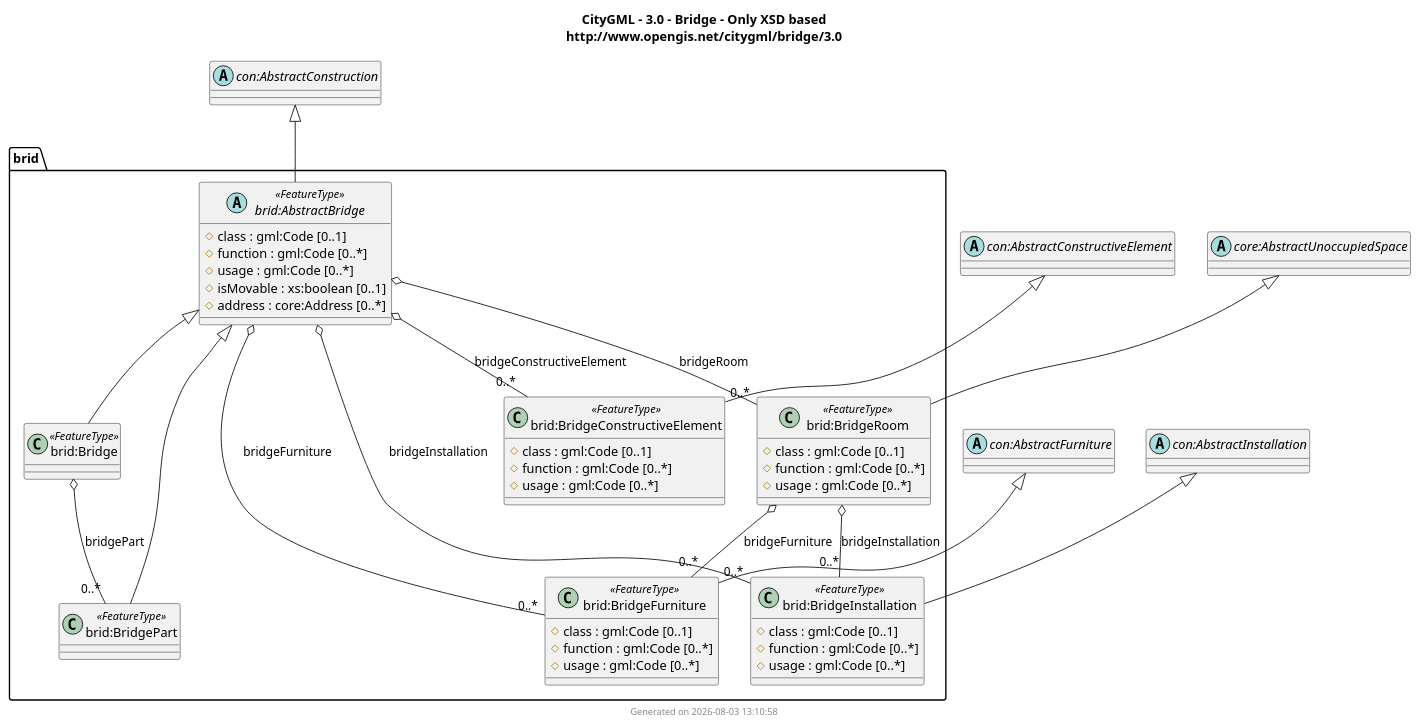
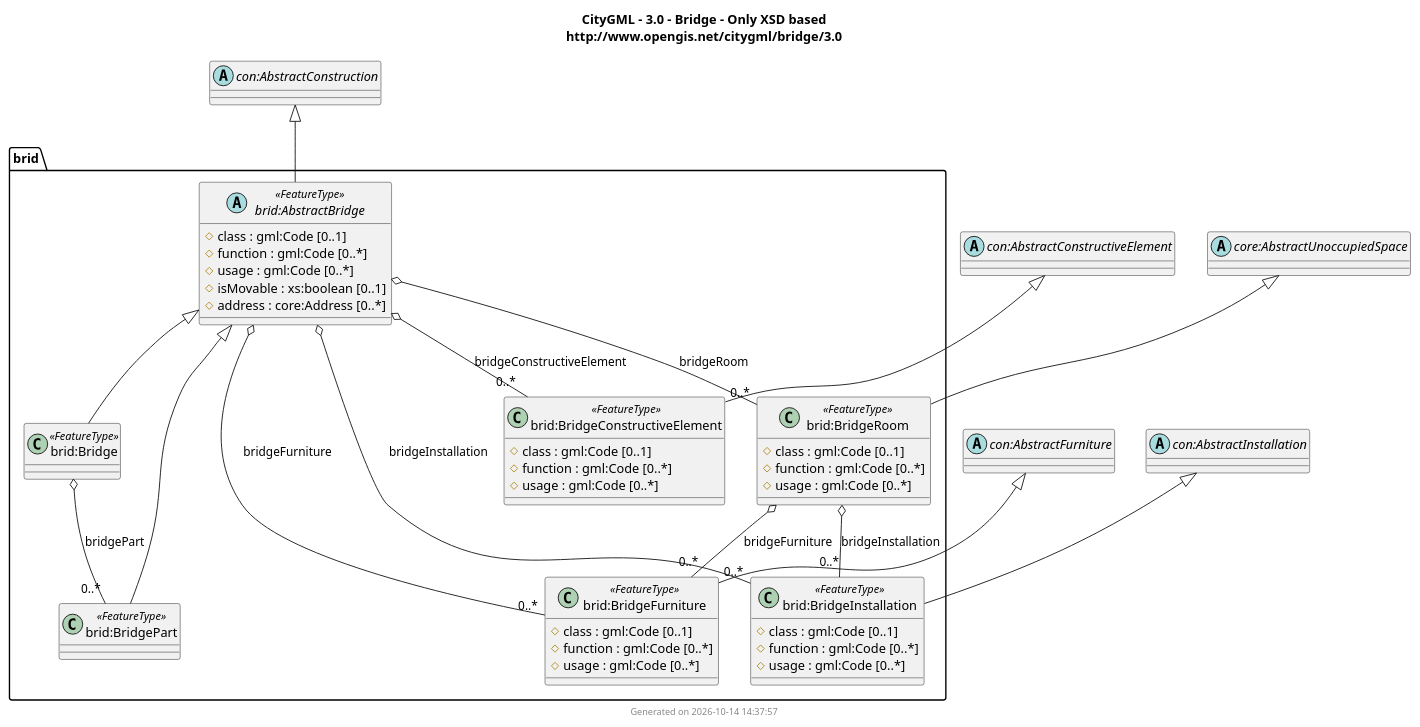
Before and after one commit to muratkendir/every-class: the diagram in docs/output/CityGML/3.0/UMLClassDiagram/bridge.puml, drawn with PlantUML. The commit also changed 39 other files, not shown here.

First line of the commit message:
Add xAL 3.0 suite, PlantUML namespace-safe aliases, inlined combined diagrams, and step 10 compilations

```diff
--- a/docs/output/CityGML/3.0/UMLClassDiagram/bridge.puml
+++ b/docs/output/CityGML/3.0/UMLClassDiagram/bridge.puml
@@ -1,139 +1,139 @@
 @startuml
 title
   CityGML - 3.0 - Bridge - Only XSD based
   http://www.opengis.net/citygml/bridge/3.0
 end title
 
 package brid {
-abstract class "brid:ADEOfAbstractBridge" $adeOf
-class "brid:ADEOfAbstractBridgeProperty" $property $adeOf {
+abstract class "brid:ADEOfAbstractBridge" as brid_ADEOfAbstractBridge $adeOf
+class "brid:ADEOfAbstractBridgeProperty" as brid_ADEOfAbstractBridgeProperty $property $adeOf {
   ADEOfAbstractBridge : brid:ADEOfAbstractBridge
 }
-abstract class "brid:ADEOfBridge" $adeOf
-class "brid:ADEOfBridgeProperty" $property $adeOf {
+abstract class "brid:ADEOfBridge" as brid_ADEOfBridge $adeOf
+class "brid:ADEOfBridgeProperty" as brid_ADEOfBridgeProperty $property $adeOf {
   ADEOfBridge : brid:ADEOfBridge
 }
-abstract class "brid:ADEOfBridgeConstructiveElement" $adeOf
-class "brid:ADEOfBridgeConstructiveElementProperty" $property $adeOf {
+abstract class "brid:ADEOfBridgeConstructiveElement" as brid_ADEOfBridgeConstructiveElement $adeOf
+class "brid:ADEOfBridgeConstructiveElementProperty" as brid_ADEOfBridgeConstructiveElementProperty $property $adeOf {
   ADEOfBridgeConstructiveElement : brid:ADEOfBridgeConstructiveElement
 }
-abstract class "brid:ADEOfBridgeFurniture" $adeOf
-class "brid:ADEOfBridgeFurnitureProperty" $property $adeOf {
+abstract class "brid:ADEOfBridgeFurniture" as brid_ADEOfBridgeFurniture $adeOf
+class "brid:ADEOfBridgeFurnitureProperty" as brid_ADEOfBridgeFurnitureProperty $property $adeOf {
   ADEOfBridgeFurniture : brid:ADEOfBridgeFurniture
 }
-abstract class "brid:ADEOfBridgeInstallation" $adeOf
-class "brid:ADEOfBridgeInstallationProperty" $property $adeOf {
+abstract class "brid:ADEOfBridgeInstallation" as brid_ADEOfBridgeInstallation $adeOf
+class "brid:ADEOfBridgeInstallationProperty" as brid_ADEOfBridgeInstallationProperty $property $adeOf {
   ADEOfBridgeInstallation : brid:ADEOfBridgeInstallation
 }
-abstract class "brid:ADEOfBridgePart" $adeOf
-class "brid:ADEOfBridgePartProperty" $property $adeOf {
+abstract class "brid:ADEOfBridgePart" as brid_ADEOfBridgePart $adeOf
+class "brid:ADEOfBridgePartProperty" as brid_ADEOfBridgePartProperty $property $adeOf {
   ADEOfBridgePart : brid:ADEOfBridgePart
 }
-abstract class "brid:ADEOfBridgeRoom" $adeOf
-class "brid:ADEOfBridgeRoomProperty" $property $adeOf {
+abstract class "brid:ADEOfBridgeRoom" as brid_ADEOfBridgeRoom $adeOf
+class "brid:ADEOfBridgeRoomProperty" as brid_ADEOfBridgeRoomProperty $property $adeOf {
   ADEOfBridgeRoom : brid:ADEOfBridgeRoom
 }
-abstract class "brid:AbstractBridge" <<FeatureType>> {
+abstract class "brid:AbstractBridge" as brid_AbstractBridge <<FeatureType>> {
   # class : gml:Code [0..1]
   # function : gml:Code [0..*]
   # usage : gml:Code [0..*]
   # isMovable : xs:boolean [0..1]
   # address : core:Address [0..*]
   ~ adeOfAbstractBridge : brid:ADEOfAbstractBridge [0..*]
 }
-class "brid:AbstractBridgeProperty" $property {
+class "brid:AbstractBridgeProperty" as brid_AbstractBridgeProperty $property {
   AbstractBridge : brid:AbstractBridge
 }
-class "brid:Bridge" <<FeatureType>> {
+class "brid:Bridge" as brid_Bridge <<FeatureType>> {
   ~ adeOfBridge : brid:ADEOfBridge [0..*]
 }
-class "brid:BridgeProperty" $property {
+class "brid:BridgeProperty" as brid_BridgeProperty $property {
   Bridge : brid:Bridge
 }
-class "brid:BridgeConstructiveElement" <<FeatureType>> {
+class "brid:BridgeConstructiveElement" as brid_BridgeConstructiveElement <<FeatureType>> {
   # class : gml:Code [0..1]
   # function : gml:Code [0..*]
   # usage : gml:Code [0..*]
   ~ adeOfBridgeConstructiveElement : brid:ADEOfBridgeConstructiveElement [0..*]
 }
-class "brid:BridgeConstructiveElementProperty" $property {
+class "brid:BridgeConstructiveElementProperty" as brid_BridgeConstructiveElementProperty $property {
   BridgeConstructiveElement : brid:BridgeConstructiveElement
 }
-class "brid:BridgeFurniture" <<FeatureType>> {
+class "brid:BridgeFurniture" as brid_BridgeFurniture <<FeatureType>> {
   # class : gml:Code [0..1]
   # function : gml:Code [0..*]
   # usage : gml:Code [0..*]
   ~ adeOfBridgeFurniture : brid:ADEOfBridgeFurniture [0..*]
 }
-class "brid:BridgeFurnitureProperty" $property {
+class "brid:BridgeFurnitureProperty" as brid_BridgeFurnitureProperty $property {
   BridgeFurniture : brid:BridgeFurniture
 }
-class "brid:BridgeInstallation" <<FeatureType>> {
+class "brid:BridgeInstallation" as brid_BridgeInstallation <<FeatureType>> {
   # class : gml:Code [0..1]
   # function : gml:Code [0..*]
   # usage : gml:Code [0..*]
   ~ adeOfBridgeInstallation : brid:ADEOfBridgeInstallation [0..*]
 }
-class "brid:BridgeInstallationProperty" $property {
+class "brid:BridgeInstallationProperty" as brid_BridgeInstallationProperty $property {
   BridgeInstallation : brid:BridgeInstallation
 }
-class "brid:BridgePart" <<FeatureType>> {
+class "brid:BridgePart" as brid_BridgePart <<FeatureType>> {
   ~ adeOfBridgePart : brid:ADEOfBridgePart [0..*]
 }
-class "brid:BridgePartProperty" $property {
+class "brid:BridgePartProperty" as brid_BridgePartProperty $property {
   BridgePart : brid:BridgePart
 }
-class "brid:BridgeRoom" <<FeatureType>> {
+class "brid:BridgeRoom" as brid_BridgeRoom <<FeatureType>> {
   # class : gml:Code [0..1]
   # function : gml:Code [0..*]
   # usage : gml:Code [0..*]
   ~ adeOfBridgeRoom : brid:ADEOfBridgeRoom [0..*]
 }
-class "brid:BridgeRoomProperty" $property {
+class "brid:BridgeRoomProperty" as brid_BridgeRoomProperty $property {
   BridgeRoom : brid:BridgeRoom
 }
 }
 
 ' External types (unresolved namespaces)
-abstract class "con:AbstractConstruction"
-abstract class "con:AbstractConstructiveElement"
-abstract class "con:AbstractFurniture"
-abstract class "con:AbstractInstallation"
-abstract class "core:AbstractUnoccupiedSpace"
+abstract class "con:AbstractConstruction" as con_AbstractConstruction
+abstract class "con:AbstractConstructiveElement" as con_AbstractConstructiveElement
+abstract class "con:AbstractFurniture" as con_AbstractFurniture
+abstract class "con:AbstractInstallation" as con_AbstractInstallation
+abstract class "core:AbstractUnoccupiedSpace" as core_AbstractUnoccupiedSpace
 
-"con:AbstractConstruction" <|-- "brid:AbstractBridge"
-"brid:AbstractBridge" <|-- "brid:Bridge"
-"con:AbstractConstructiveElement" <|-- "brid:BridgeConstructiveElement"
-"con:AbstractFurniture" <|-- "brid:BridgeFurniture"
-"con:AbstractInstallation" <|-- "brid:BridgeInstallation"
-"brid:AbstractBridge" <|-- "brid:BridgePart"
-"core:AbstractUnoccupiedSpace" <|-- "brid:BridgeRoom"
+"con_AbstractConstruction" <|-- "brid_AbstractBridge"
+"brid_AbstractBridge" <|-- "brid_Bridge"
+"con_AbstractConstructiveElement" <|-- "brid_BridgeConstructiveElement"
+"con_AbstractFurniture" <|-- "brid_BridgeFurniture"
+"con_AbstractInstallation" <|-- "brid_BridgeInstallation"
+"brid_AbstractBridge" <|-- "brid_BridgePart"
+"core_AbstractUnoccupiedSpace" <|-- "brid_BridgeRoom"
 
 ' Class relations (promoted from property wrappers)
-"brid:AbstractBridge" o-- "0..*" "brid:BridgeConstructiveElement" : bridgeConstructiveElement
-"brid:AbstractBridge" o-- "0..*" "brid:BridgeInstallation" : bridgeInstallation
-"brid:AbstractBridge" o-- "0..*" "brid:BridgeRoom" : bridgeRoom
-"brid:AbstractBridge" o-- "0..*" "brid:BridgeFurniture" : bridgeFurniture
-"brid:Bridge" o-- "0..*" "brid:BridgePart" : bridgePart
-"brid:BridgeRoom" o-- "0..*" "brid:BridgeFurniture" : bridgeFurniture
-"brid:BridgeRoom" o-- "0..*" "brid:BridgeInstallation" : bridgeInstallation
+"brid_AbstractBridge" o-- "0..*" "brid_BridgeConstructiveElement" : bridgeConstructiveElement
+"brid_AbstractBridge" o-- "0..*" "brid_BridgeInstallation" : bridgeInstallation
+"brid_AbstractBridge" o-- "0..*" "brid_BridgeRoom" : bridgeRoom
+"brid_AbstractBridge" o-- "0..*" "brid_BridgeFurniture" : bridgeFurniture
+"brid_Bridge" o-- "0..*" "brid_BridgePart" : bridgePart
+"brid_BridgeRoom" o-- "0..*" "brid_BridgeFurniture" : bridgeFurniture
+"brid_BridgeRoom" o-- "0..*" "brid_BridgeInstallation" : bridgeInstallation
 
 ' ADE hook classes are removed from rendering by default;
 ' remove the next line to show them.
 remove $adeOf
 
 ' Property pseudo-classes are removed from rendering by default;
 ' remove the next line to show them.
 remove $property
 
 ' ADE hook attributes are marked as package members (~ ) and
 ' hidden from rendering by default; remove the next line to show them.
 hide package members
 
 ' Attributes with value types from other namespaces are marked as
 ' protected members (# ) and shown by default; uncomment the next
 ' line to hide them.
 ' hide protected members
 
-footer Generated on 2026-08-03 13:10:58
+footer Generated on 2026-10-14 14:37:57
 @enduml
```
